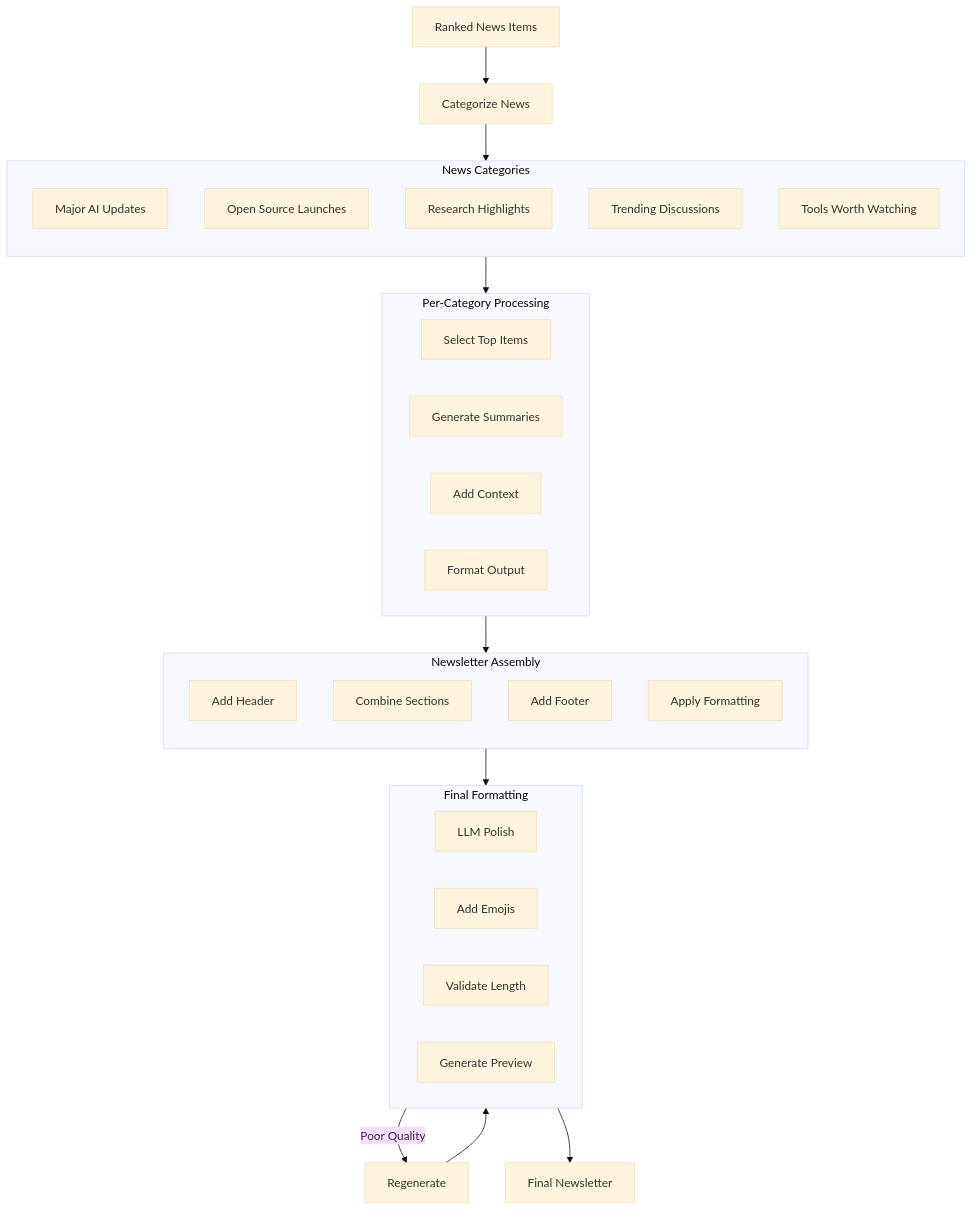
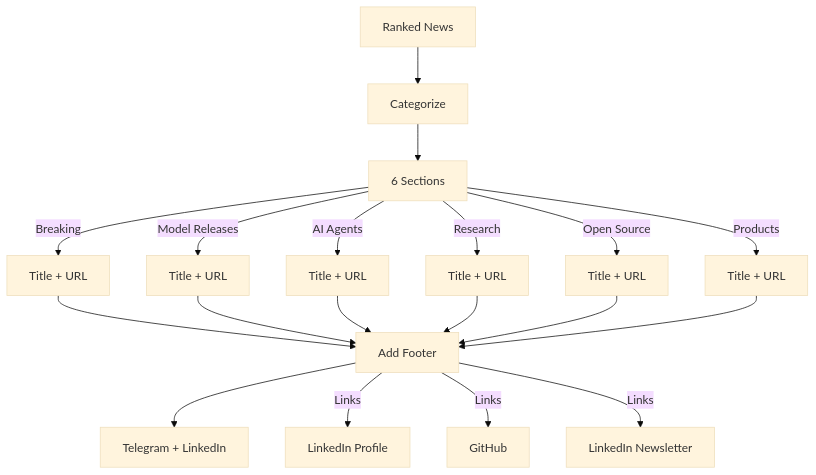
Before and after one commit to himanshu231204/ai-news-intelligence: the sixth of 9 diagrams in docs/ARCHITECTURE.md, drawn with Mermaid (base theme). The commit also changed other lines of this file and 8 other files, not shown here.

First line of the commit message:
Enhance architecture and deployment documentation; optimize Dockerfile and Render configuration

````diff
--- a/docs/ARCHITECTURE.md
+++ b/docs/ARCHITECTURE.md
@@ -375,51 +259,26 @@
 ```mermaid
 flowchart TB
-    INPUT[Ranked News Items] --> CATEGORIZE[Categorize News]
+    INPUT[Ranked News] --> CATEGORIZE[Categorize]
     
-    subgraph Categories["News Categories"]
-        direction TB
-        CAT1[Major AI Updates]
-        CAT2[Open Source Launches]
-        CAT3[Research Highlights]
-        CAT4[Trending Discussions]
-        CAT5[Tools Worth Watching]
-    end
+    CATEGORIZE --> SECTIONS[6 Sections]
     
-    CATEGORIZE --> Categories
+    SECTIONS -->|Breaking| B1[Title + URL]
+    SECTIONS -->|Model Releases| B2[Title + URL]
+    SECTIONS -->|AI Agents| B3[Title + URL]
+    SECTIONS -->|Research| B4[Title + URL]
+    SECTIONS -->|Open Source| B5[Title + URL]
+    SECTIONS -->|Products| B6[Title + URL]
     
-    subgraph Per_Category["Per-Category Processing"]
-        direction LR
-        PC1[Select Top Items]
-        PC2[Generate Summaries]
-        PC3[Add Context]
-        PC4[Format Output]
-    end
+    B1 --> FOOTER[Add Footer]
+    B2 --> FOOTER
+    B3 --> FOOTER
+    B4 --> FOOTER
+    B5 --> FOOTER
+    B6 --> FOOTER
     
-    Categories --> Per_Category
+    FOOTER --> OUTPUT[Telegram + LinkedIn]
     
-    subgraph Assembly["Newsletter Assembly"]
-        direction TB
-        A1[Add Header]
-        A2[Combine Sections]
-        A3[Add Footer]
-        A4[Apply Formatting]
-    end
-    
-    Per_Category --> Assembly
-    
-    subgraph Final_Format["Final Formatting"]
-        direction LR
-        FF1[LLM Polish]
-        FF2[Add Emojis]
-        FF3[Validate Length]
-        FF4[Generate Preview]
-    end
-    
-    Assembly --> Final_Format
-    
-    Final_Format --> OUTPUT[Final Newsletter]
-    
-    %% Quality Gates
-    FF1 -->|Poor Quality| REGENERATE[Regenerate]
-    REGENERATE --> FF1
+    FOOTER -->|Links| PROFILE[LinkedIn Profile]
+    FOOTER -->|Links| GITHUB[GitHub]
+    FOOTER -->|Links| SUBSCRIBE[LinkedIn Newsletter]
 ```
````
